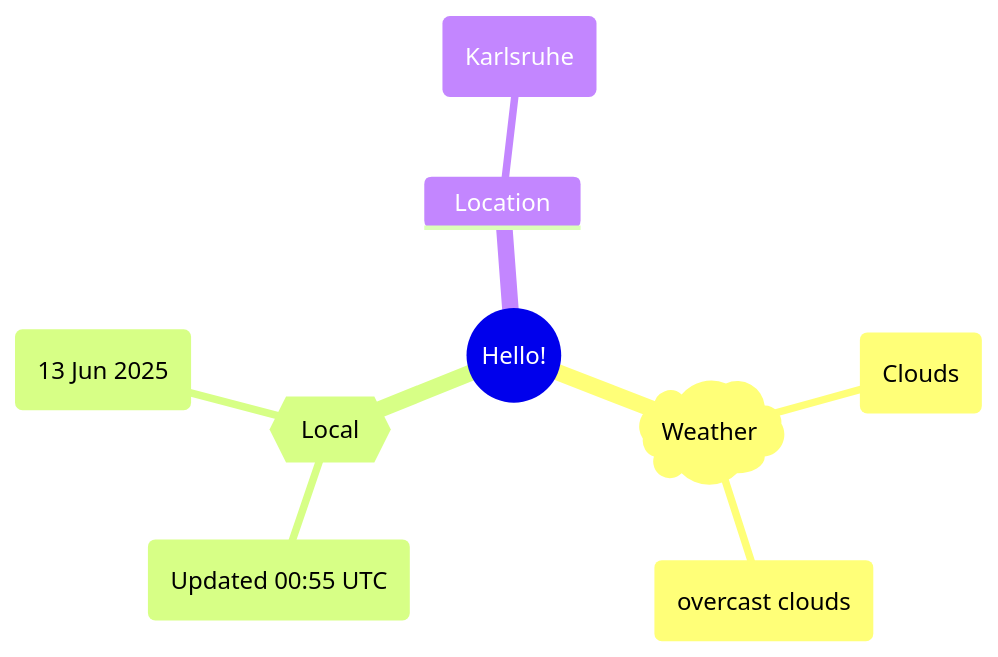
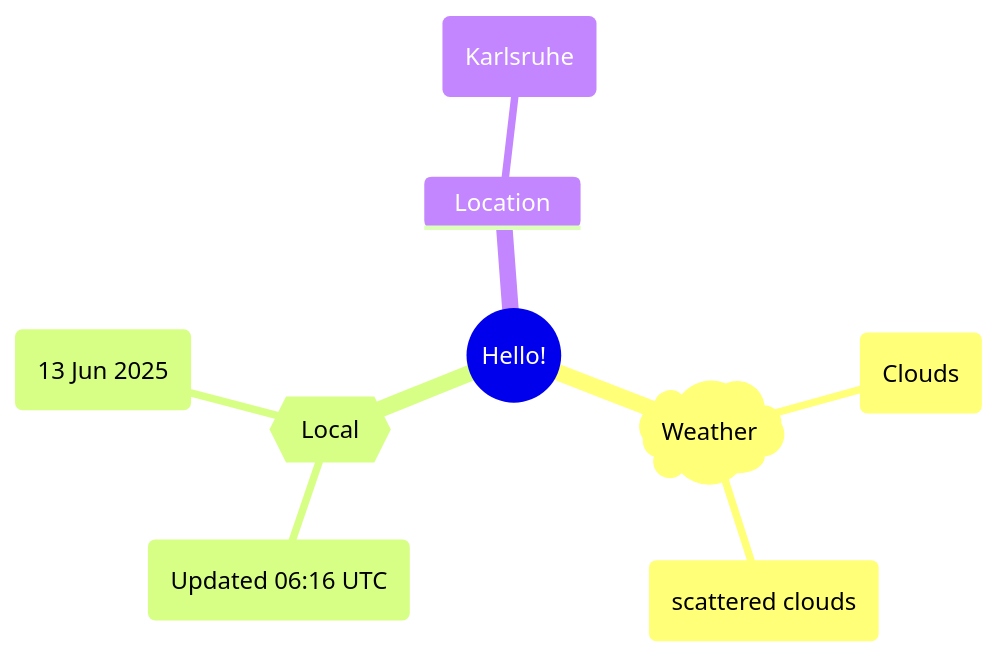
Before and after one commit to Xosrov/Xosrov: the first of 2 diagrams in README.md, drawn with Mermaid.

Commit message:
[bot] updated images

````diff
--- a/README.md
+++ b/README.md
@@ -3,12 +3,12 @@
 ```mermaid
 mindmap
   root((Hello!))
     )Weather(
         (Clouds)
-        (overcast clouds)
+        (scattered clouds)
     {{Local}}
-        (Updated 00:55 UTC)
+        (Updated 06:16 UTC)
         (13 Jun 2025)
     Location
         (Karlsruhe)
 ```
````
